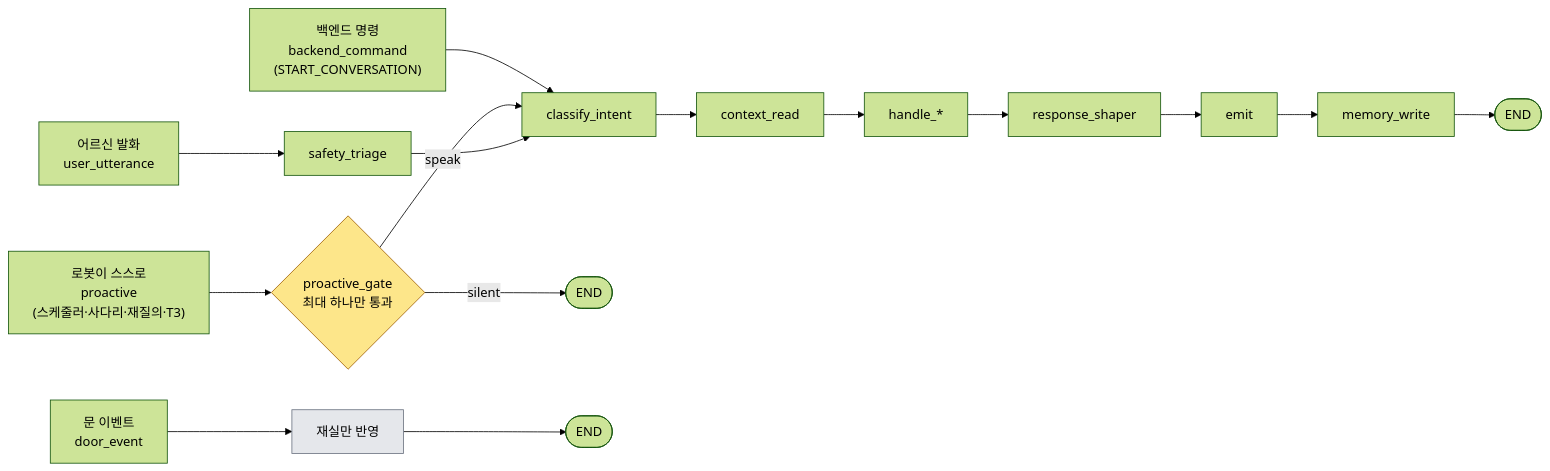
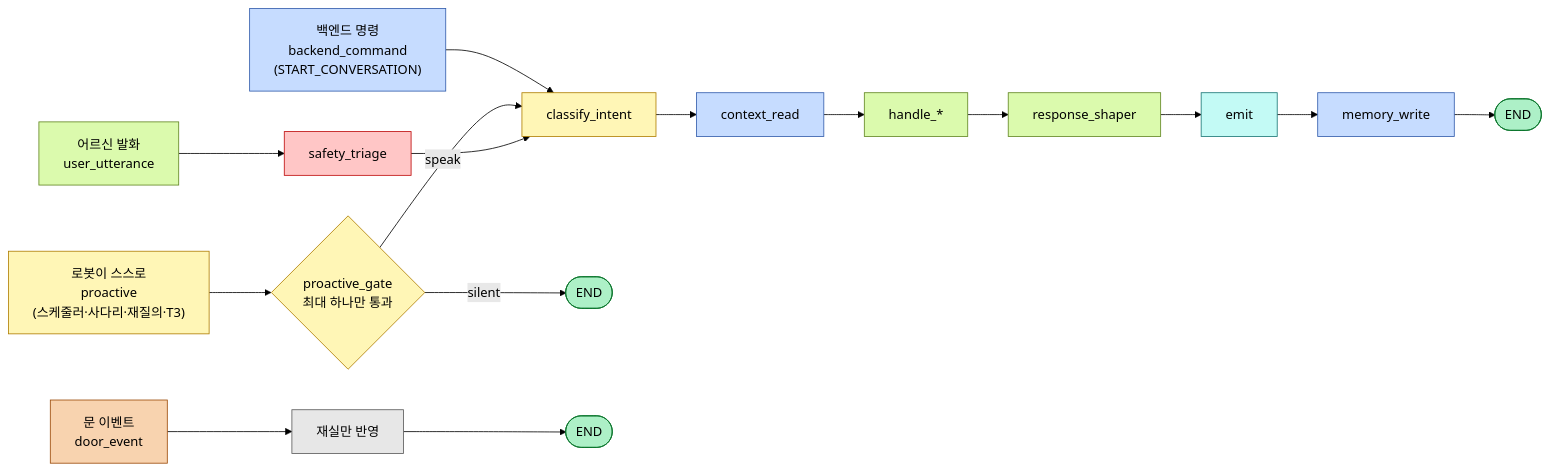
Before and after one commit to bomi-aiot/BOMI: the first of 2 diagrams in docs/carebot/개념과 설계 판단.md, drawn with Mermaid (forest theme). The commit also changed 13 other files, not shown here.

First line of the commit message:
docs: 문서 다이어그램 팔레트 통일과 배치 정리

````diff
--- a/docs/carebot/개념과 설계 판단.md
+++ b/docs/carebot/개념과 설계 판단.md
@@ -65,16 +65,22 @@
 ```mermaid
 flowchart LR
-    U["어르신 발화<br/>user_utterance"] --> T[safety_triage]
-    P["로봇이 스스로<br/>proactive<br/>(스케줄러·사다리·재질의·T3)"] --> G{"proactive_gate<br/>최대 하나만 통과"}
-    D["문 이벤트<br/>door_event"] --> DN[재실만 반영]
-    B["백엔드 명령<br/>backend_command<br/>(START_CONVERSATION)"] --> CI
+    classDef term fill:#adf0c7,stroke:#087429
+    classDef gate fill:#fff6b6,stroke:#af7e02
+    classDef robot fill:#dbfaad,stroke:#608520
+    classDef be fill:#c6dcff,stroke:#305bab
+    classDef sensor fill:#f8d3af,stroke:#9b4a07
+    classDef safety fill:#ffc6c6,stroke:#bd0909
+    classDef neutral fill:#e7e7e7,stroke:#595959
+    classDef hw fill:#c3faf5,stroke:#187574
 
-    G -->|speak| CI[classify_intent]
-    G -->|silent| E1([END])
-    DN --> E2([END])
+    U["어르신 발화<br/>user_utterance"]:::robot --> T[safety_triage]:::safety
+    P["로봇이 스스로<br/>proactive<br/>(스케줄러·사다리·재질의·T3)"]:::gate --> G{"proactive_gate<br/>최대 하나만 통과"}:::gate
+    D["문 이벤트<br/>door_event"]:::sensor --> DN[재실만 반영]:::neutral
+    B["백엔드 명령<br/>backend_command<br/>(START_CONVERSATION)"]:::be --> CI
+
+    G -->|speak| CI[classify_intent]:::gate
+    G -->|silent| E1([END]):::term
+    DN --> E2([END]):::term
     T --> CI
-    CI --> CR[context_read] --> H["handle_*"] --> S[response_shaper] --> EM[emit] --> MW[memory_write] --> E3([END])
-
-    style G fill:#fde68a,stroke:#a16207
-    style DN fill:#e5e7eb,stroke:#6b7280
+    CI --> CR[context_read]:::be --> H["handle_*"]:::robot --> S[response_shaper]:::robot --> EM[emit]:::hw --> MW[memory_write]:::be --> E3([END]):::term
 ```
````
